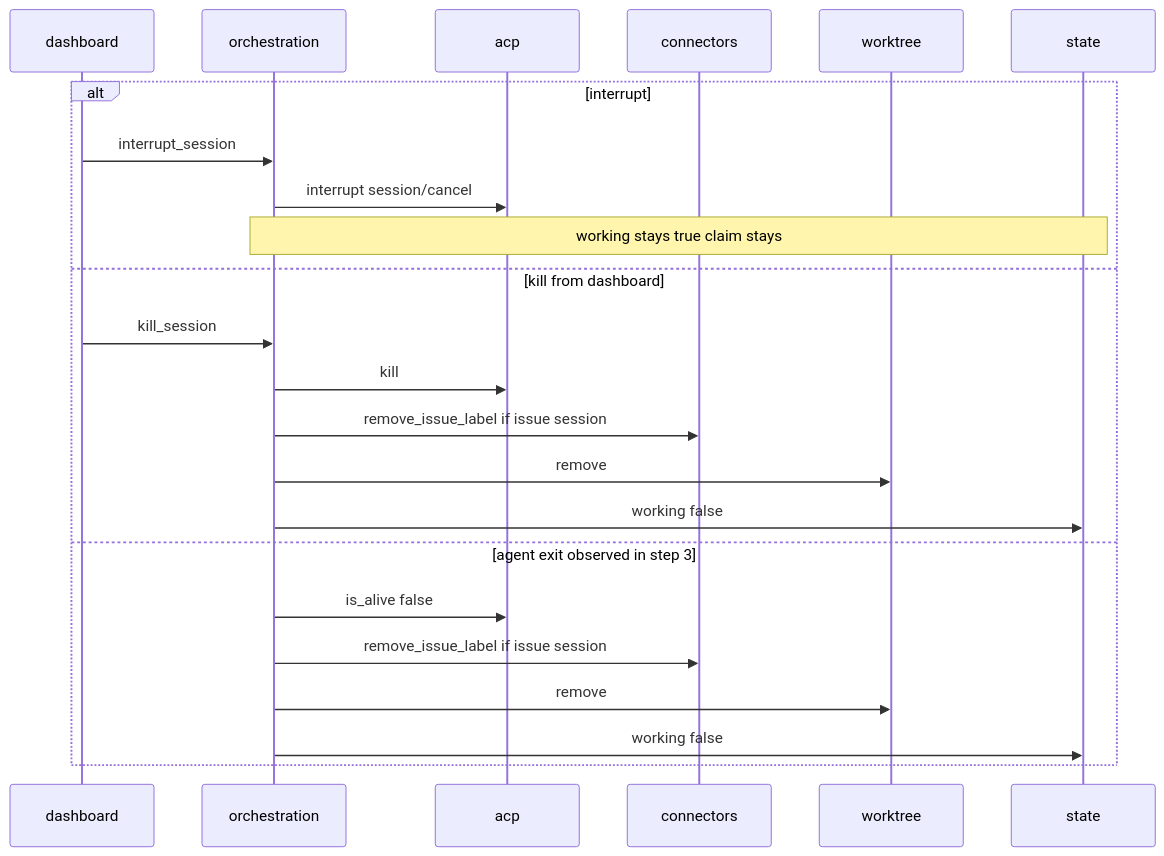
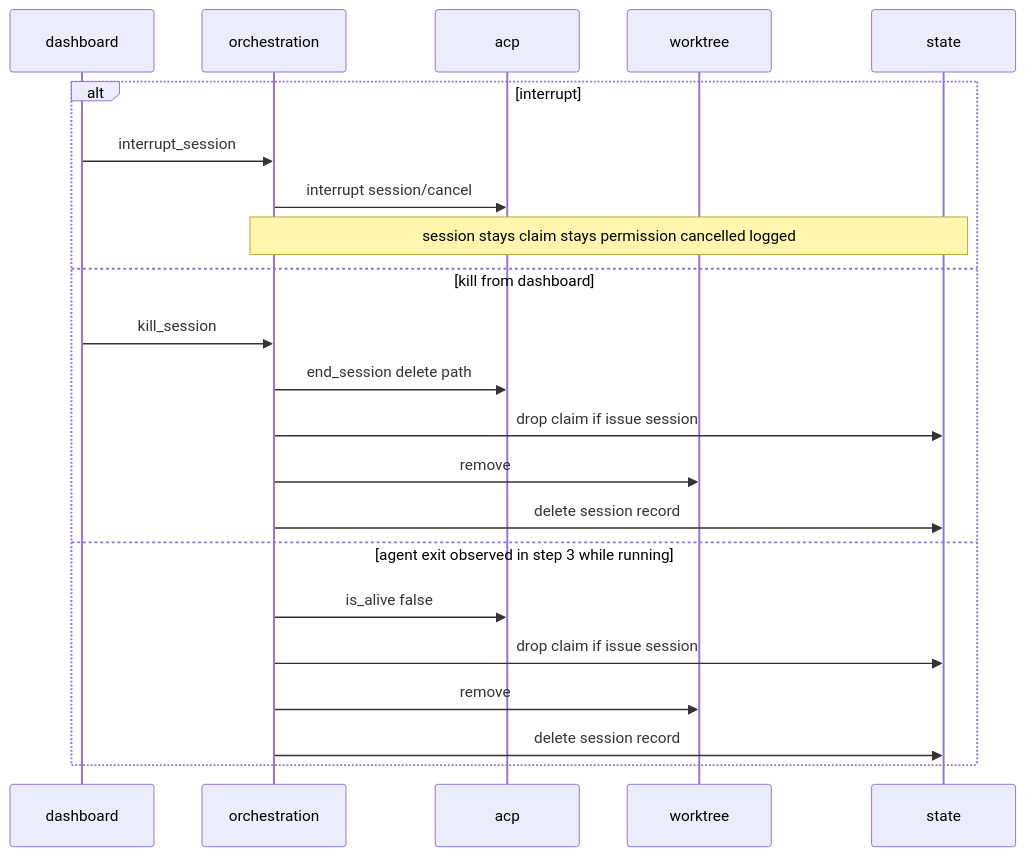
One commit to waigore/orkie changed the fourth of 6 diagrams in spec/design/sequences.md. Above: the diagram before and after it, drawn with Mermaid. The commit also changed other lines of this file and 51 other files, not shown here.

````diff
--- a/spec/design/sequences.md
+++ b/spec/design/sequences.md
@@ -143,26 +152,25 @@
 ```mermaid
 sequenceDiagram
   participant Dash as dashboard
   participant Orch as orchestration
   participant Acp as acp
-  participant Conn as connectors
   participant Wt as worktree
   participant St as state
 
   alt interrupt
     Dash->>Orch: interrupt_session
     Orch->>Acp: interrupt session/cancel
-    Note over Orch,St: working stays true claim stays
+    Note over Orch,St: session stays claim stays permission cancelled logged
   else kill from dashboard
     Dash->>Orch: kill_session
-    Orch->>Acp: kill
-    Orch->>Conn: remove_issue_label if issue session
+    Orch->>Acp: end_session delete path
+    Orch->>St: drop claim if issue session
     Orch->>Wt: remove
-    Orch->>St: working false
-  else agent exit observed in step 3
+    Orch->>St: delete session record
+  else agent exit observed in step 3 while running
     Orch->>Acp: is_alive false
-    Orch->>Conn: remove_issue_label if issue session
+    Orch->>St: drop claim if issue session
     Orch->>Wt: remove
-    Orch->>St: working false
+    Orch->>St: delete session record
   end
 ```
````
